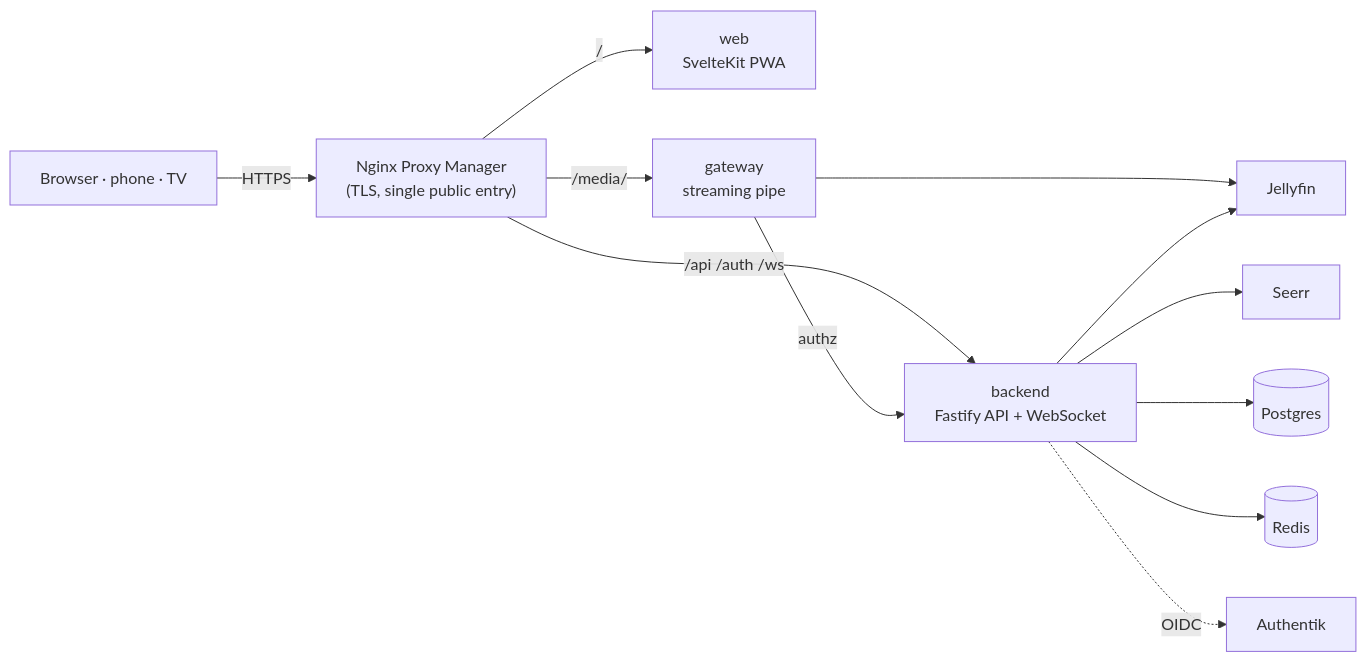
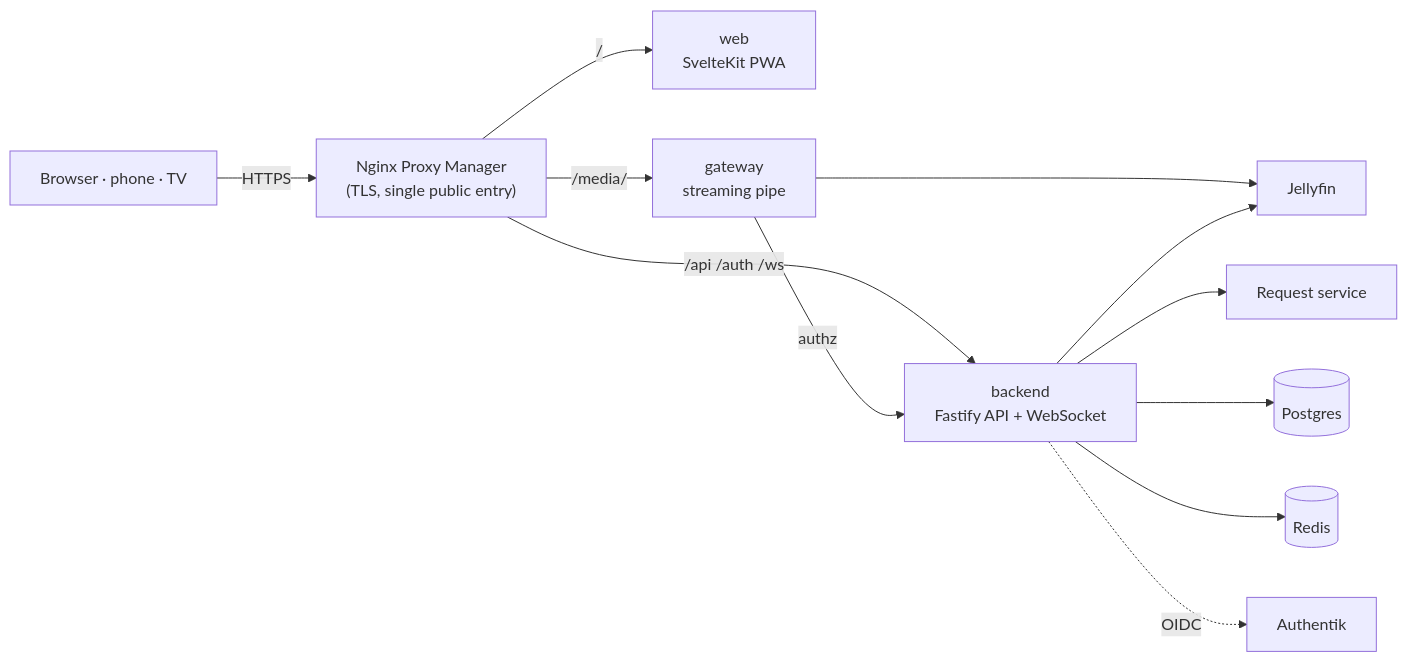
The diagram in README.md (LetsManu/friendflix), drawn with Mermaid before and after one commit. The commit also changed other lines of this file and 8 other files, not shown here.

First line of the commit message:
docs: neutral wording for the optional request service in READMEs and UI

````diff
--- a/README.md
+++ b/README.md
@@ -201,14 +201,14 @@
 ```mermaid
 flowchart LR
   user["Browser · phone · TV"] -->|HTTPS| npm["Nginx Proxy Manager<br/>(TLS, single public entry)"]
   npm -->|"/"| web["web<br/>SvelteKit PWA"]
   npm -->|"/api /auth /ws"| backend["backend<br/>Fastify API + WebSocket"]
   npm -->|"/media/"| gateway["gateway<br/>streaming pipe"]
   gateway -->|"authz"| backend
   gateway --> jellyfin["Jellyfin"]
   backend --> jellyfin
-  backend --> seerr["Seerr"]
+  backend --> seerr["Request service"]
   backend --> postgres[("Postgres")]
   backend --> redis[("Redis")]
   backend -.->|"OIDC"| authentik["Authentik"]
 ```
````
